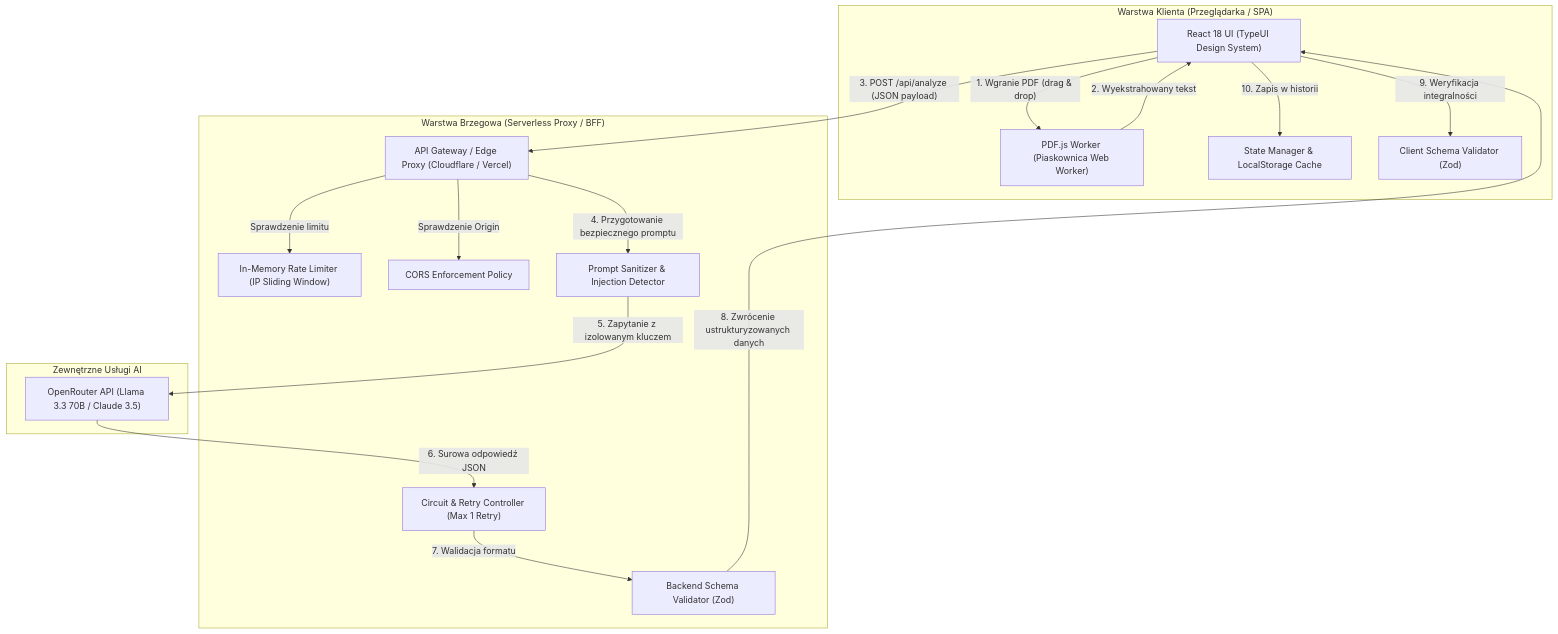
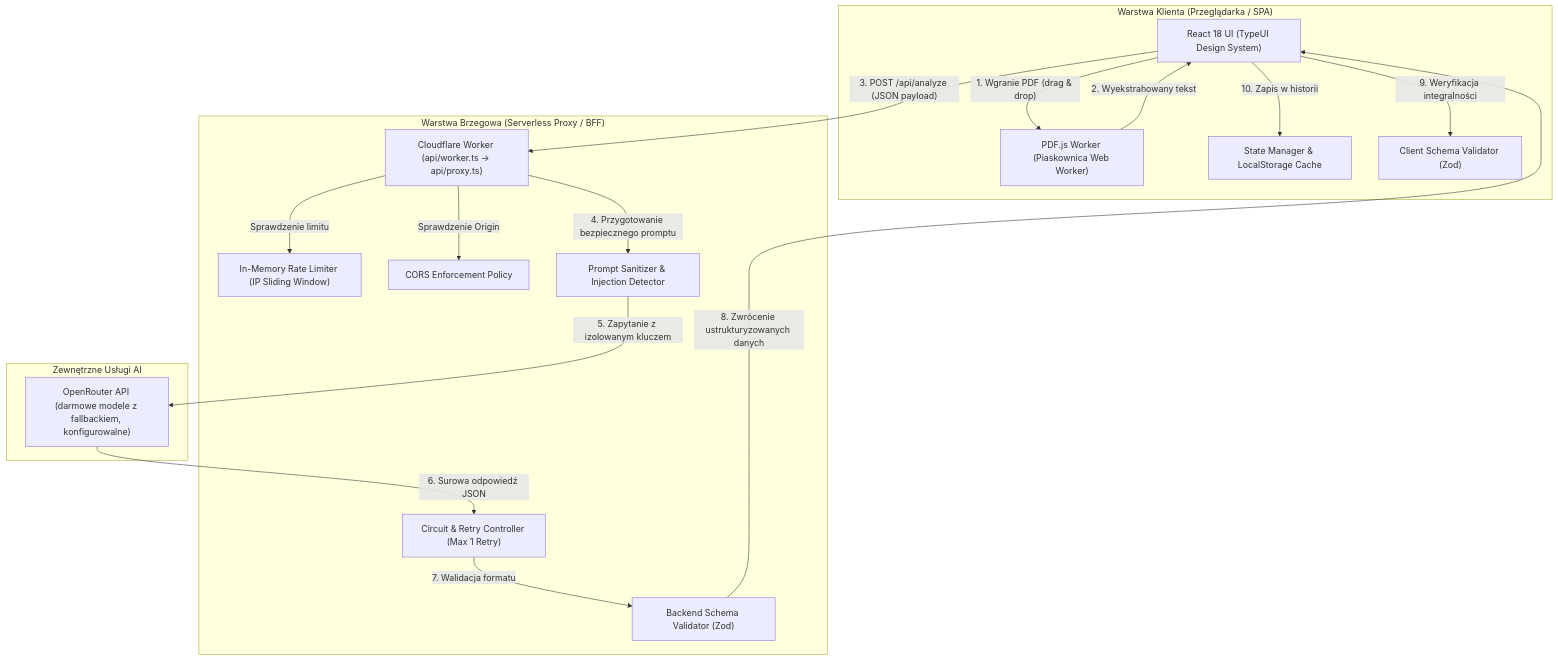
The first of 4 diagrams in architecture.md (ptymek/ptymek_greywolf_task), drawn with Mermaid before and after one commit. The commit also changed other lines of this file and 56 other files, not shown here.

````diff
--- a/architecture.md
+++ b/architecture.md
@@ -21,35 +21,35 @@
 ```mermaid
 flowchart TB
     subgraph ClientLayer ["Warstwa Klienta (Przeglądarka / SPA)"]
         UI["React 18 UI (TypeUI Design System)"]
         Worker["PDF.js Worker (Piaskownica Web Worker)"]
         State["State Manager & LocalStorage Cache"]
         ClientZod["Client Schema Validator (Zod)"]
     end
 
     subgraph EdgeLayer ["Warstwa Brzegowa (Serverless Proxy / BFF)"]
-        Gate["API Gateway / Edge Proxy (Cloudflare / Vercel)"]
+        Gate["Cloudflare Worker (api/worker.ts → api/proxy.ts)"]
         RateLimiter["In-Memory Rate Limiter (IP Sliding Window)"]
         CorsGuard["CORS Enforcement Policy"]
         PromptEngine["Prompt Sanitizer & Injection Detector"]
         ProxyZod["Backend Schema Validator (Zod)"]
         RetryCtrl["Circuit & Retry Controller (Max 1 Retry)"]
     end
 
     subgraph ExternalServices ["Zewnętrzne Usługi AI"]
-        LLM["OpenRouter API (Llama 3.3 70B / Claude 3.5)"]
+        LLM["OpenRouter API (darmowe modele z fallbackiem, konfigurowalne)"]
     end
 
     UI -->|"1. Wgranie PDF (drag & drop)"| Worker
     Worker -->|"2. Wyekstrahowany tekst"| UI
     UI -->|"3. POST /api/analyze (JSON payload)"| Gate
     Gate -->|"Sprawdzenie limitu"| RateLimiter
     Gate -->|"Sprawdzenie Origin"| CorsGuard
     Gate -->|"4. Przygotowanie bezpiecznego promptu"| PromptEngine
     PromptEngine -->|"5. Zapytanie z izolowanym kluczem"| LLM
     LLM -->|"6. Surowa odpowiedź JSON"| RetryCtrl
     RetryCtrl -->|"7. Walidacja formatu"| ProxyZod
     ProxyZod -->|"8. Zwrócenie ustrukturyzowanych danych"| UI
     UI -->|"9. Weryfikacja integralności"| ClientZod
     UI -->|"10. Zapis w historii"| State
 ```
````
